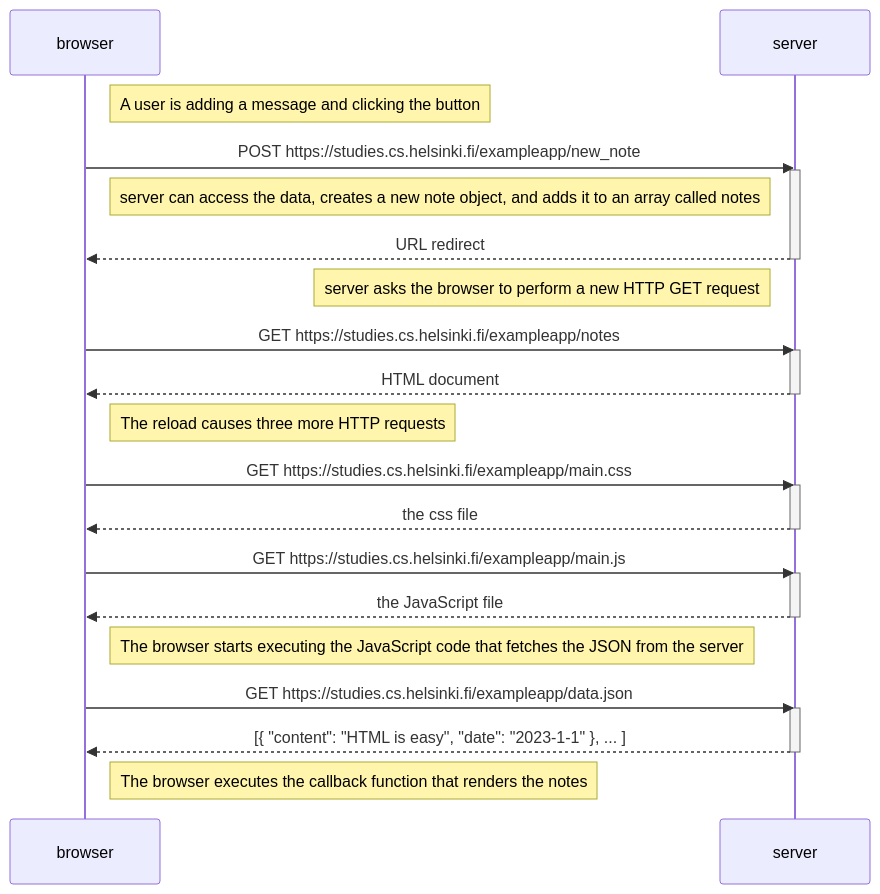
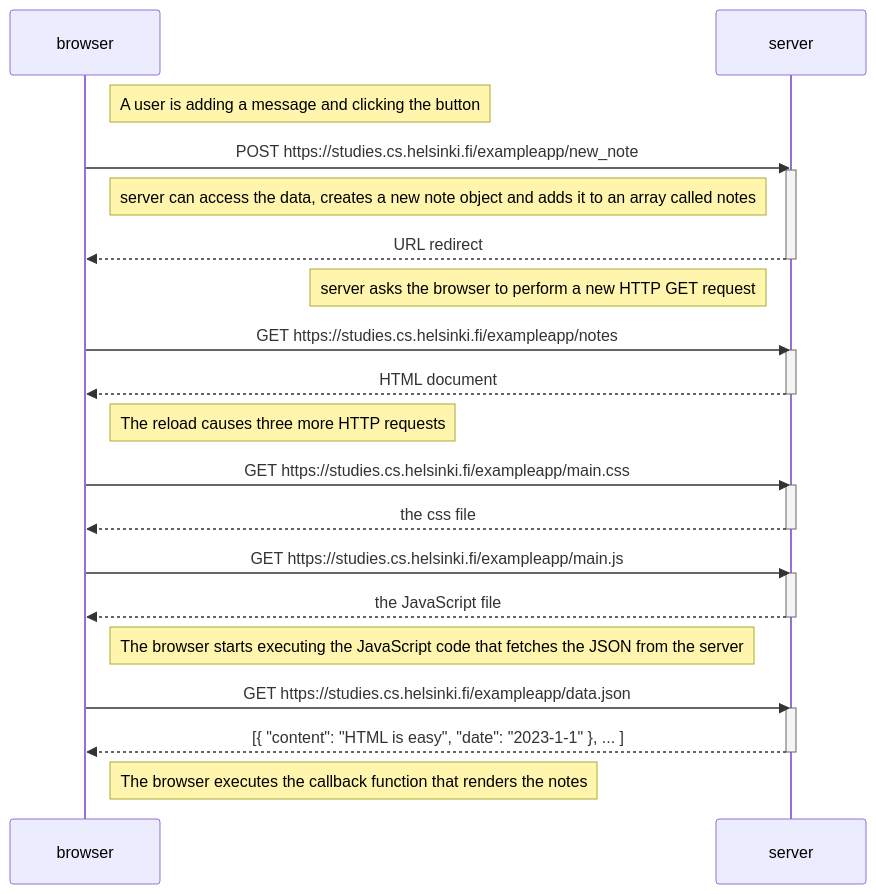
One commit to karolinakwasny/Full_Stack_open changed the diagram in part0/new_note_diagram.md. Above: the diagram before and after it, drawn with Mermaid. The commit also changed 1 other file, not shown here.

Commit message:
0.5 first push

````diff
--- a/part0/new_note_diagram.md
+++ b/part0/new_note_diagram.md
@@ -1,43 +1,43 @@
 ```mermaid
 sequenceDiagram
     participant browser
     participant server
 
     Note right of browser: A user is adding a message and clicking the button
 
     browser->>server: POST https://studies.cs.helsinki.fi/exampleapp/new_note
     activate server
 
-    Note left of server: server can access the data, creates a new note object, and adds it to an array called notes
+    Note left of server: server can access the data, creates a new note object and adds it to an array called notes
 
     server-->>browser: URL redirect
     deactivate server
 
     Note left of server: server asks the browser to perform a new HTTP GET request
 
     browser->>server: GET https://studies.cs.helsinki.fi/exampleapp/notes
     activate server
     server-->>browser: HTML document
     deactivate server
 
     Note right of browser: The reload causes three more HTTP requests
 
     browser->>server: GET https://studies.cs.helsinki.fi/exampleapp/main.css
     activate server
     server-->>browser: the css file
     deactivate server
 
     browser->>server: GET https://studies.cs.helsinki.fi/exampleapp/main.js
     activate server
     server-->>browser: the JavaScript file
     deactivate server
 
     Note right of browser: The browser starts executing the JavaScript code that fetches the JSON from the server
 
     browser->>server: GET https://studies.cs.helsinki.fi/exampleapp/data.json
     activate server
     server-->>browser: [{ "content": "HTML is easy", "date": "2023-1-1" }, ... ]
     deactivate server
 
     Note right of browser: The browser executes the callback function that renders the notes
 ```
````
